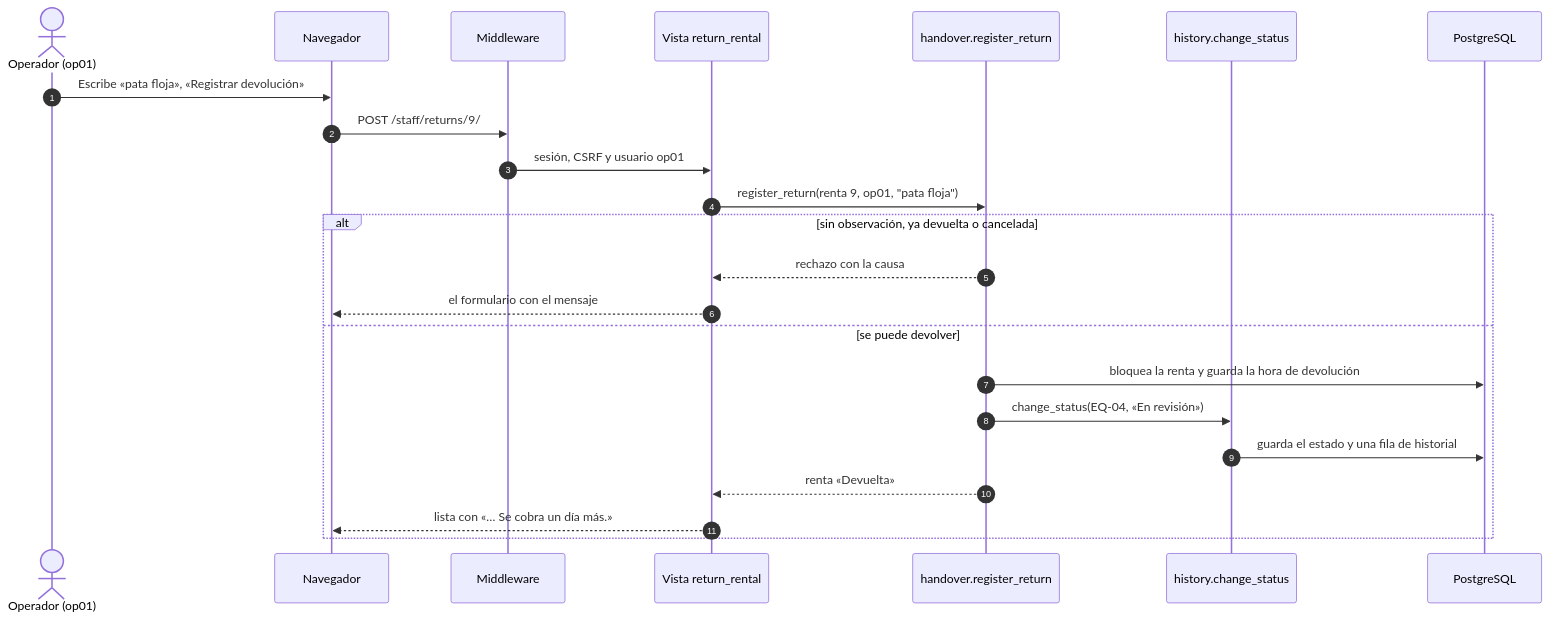
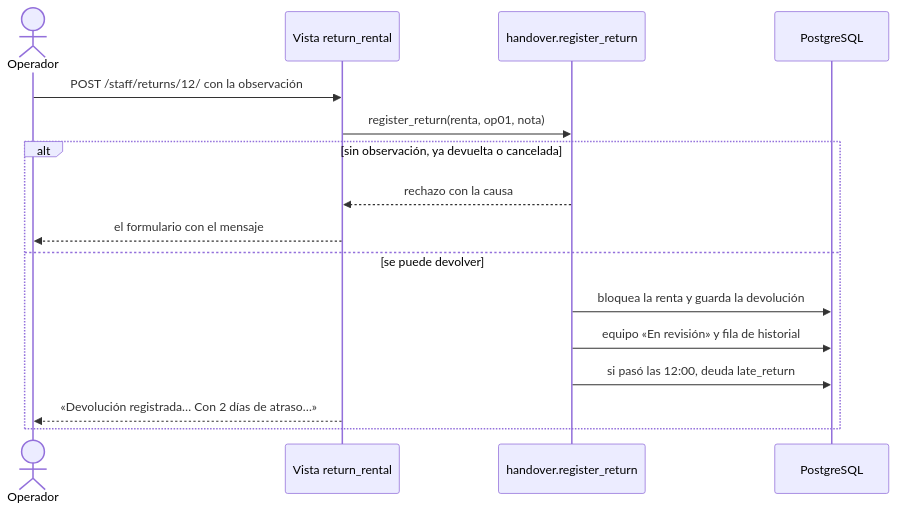
The tenth of 17 diagrams in docs/casos-de-uso.md (peterteranb/astra-rent-system), drawn with Mermaid before and after one commit. The commit also changed other lines of this file and 6 other files, not shown here.

````diff
--- a/docs/casos-de-uso.md
+++ b/docs/casos-de-uso.md
@@ -183,26 +413,18 @@
 ```mermaid
 sequenceDiagram
-    autonumber
-    actor O as Operador (op01)
-    participant N as Navegador
-    participant M as Middleware
+    actor O as Operador
     participant V as Vista return_rental
     participant U as handover.register_return
-    participant H as history.change_status
     participant BD as PostgreSQL
-
-    O->>N: Escribe «pata floja», «Registrar devolución»
-    N->>M: POST /staff/returns/9/
-    M->>V: sesión, CSRF y usuario op01
-    V->>U: register_return(renta 9, op01, "pata floja")
+    O->>V: POST /staff/returns/12/ con la observación
+    V->>U: register_return(renta, op01, nota)
     alt sin observación, ya devuelta o cancelada
         U-->>V: rechazo con la causa
-        V-->>N: el formulario con el mensaje
+        V-->>O: el formulario con el mensaje
     else se puede devolver
-        U->>BD: bloquea la renta y guarda la hora de devolución
-        U->>H: change_status(EQ-04, «En revisión»)
-        H->>BD: guarda el estado y una fila de historial
-        U-->>V: renta «Devuelta»
-        V-->>N: lista con «… Se cobra un día más.»
+        U->>BD: bloquea la renta y guarda la devolución
+        U->>BD: equipo «En revisión» y fila de historial
+        U->>BD: si pasó las 12:00, deuda late_return
+        V-->>O: «Devolución registrada… Con 2 días de atraso…»
     end
 ```
````
